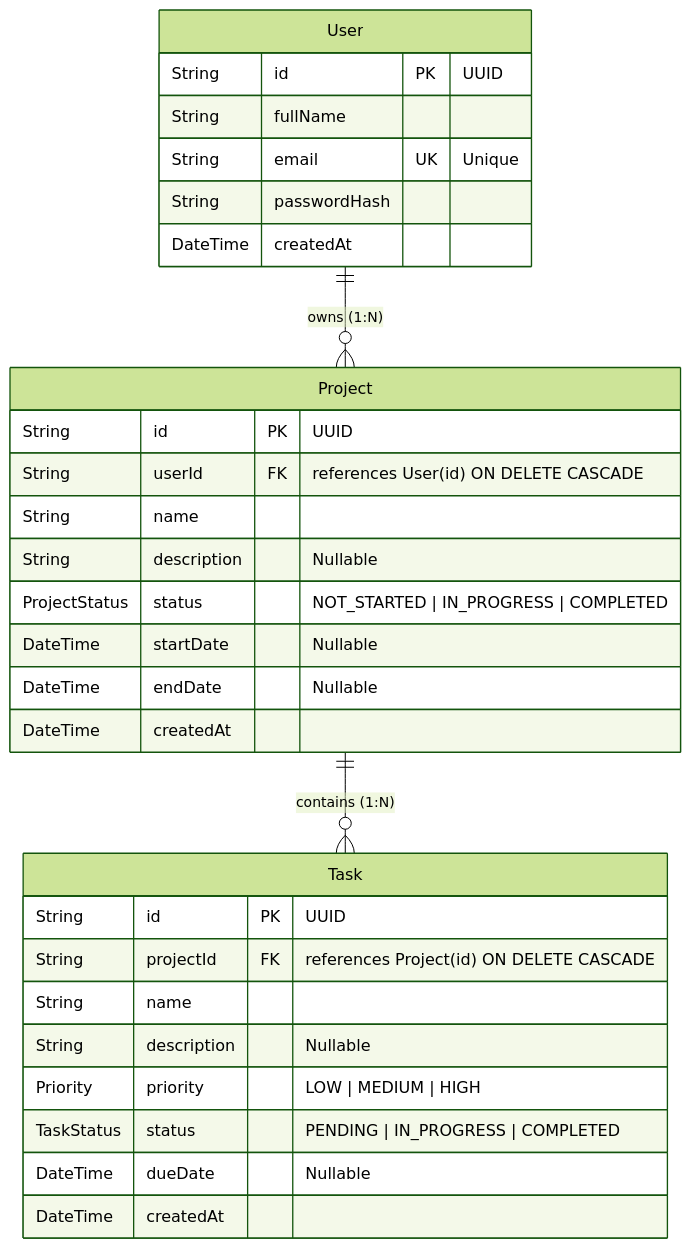
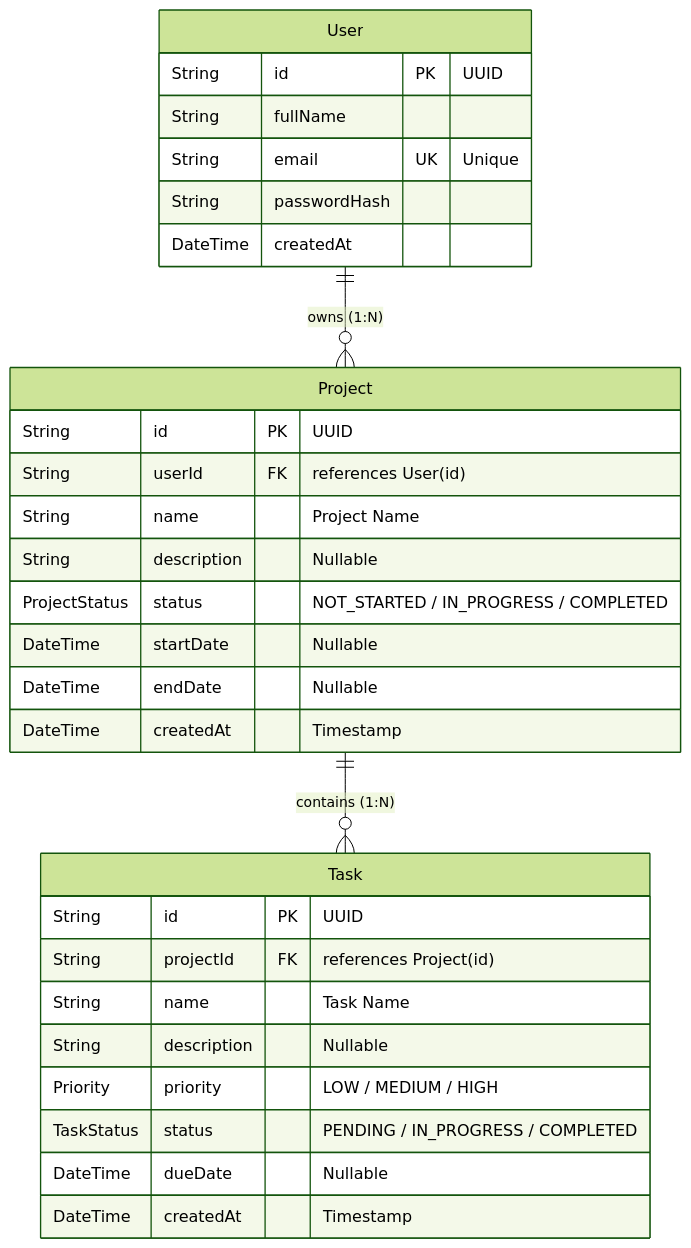
Before and after one commit to Yashk-15/Task: the second of 2 diagrams in README.md, drawn with Mermaid (forest theme). The commit also changed other lines of this file, not shown here.

Commit message:
Fix mermaid syntax for GitHub markdown preview

````diff
--- a/README.md
+++ b/README.md
@@ -88,35 +88,35 @@
 ```mermaid
 erDiagram
     User ||--o{ Project : "owns (1:N)"
     Project ||--o{ Task : "contains (1:N)"
 
     User {
         String id PK "UUID"
         String fullName
         String email UK "Unique"
         String passwordHash
         DateTime createdAt
     }
 
     Project {
         String id PK "UUID"
-        String userId FK "references User(id) ON DELETE CASCADE"
-        String name
+        String userId FK "references User(id)"
+        String name "Project Name"
         String description "Nullable"
-        ProjectStatus status "NOT_STARTED | IN_PROGRESS | COMPLETED"
+        ProjectStatus status "NOT_STARTED / IN_PROGRESS / COMPLETED"
         DateTime startDate "Nullable"
         DateTime endDate "Nullable"
-        DateTime createdAt
+        DateTime createdAt "Timestamp"
     }
 
     Task {
         String id PK "UUID"
-        String projectId FK "references Project(id) ON DELETE CASCADE"
-        String name
+        String projectId FK "references Project(id)"
+        String name "Task Name"
         String description "Nullable"
-        Priority priority "LOW | MEDIUM | HIGH"
-        TaskStatus status "PENDING | IN_PROGRESS | COMPLETED"
+        Priority priority "LOW / MEDIUM / HIGH"
+        TaskStatus status "PENDING / IN_PROGRESS / COMPLETED"
         DateTime dueDate "Nullable"
-        DateTime createdAt
+        DateTime createdAt "Timestamp"
     }
 ```
````
